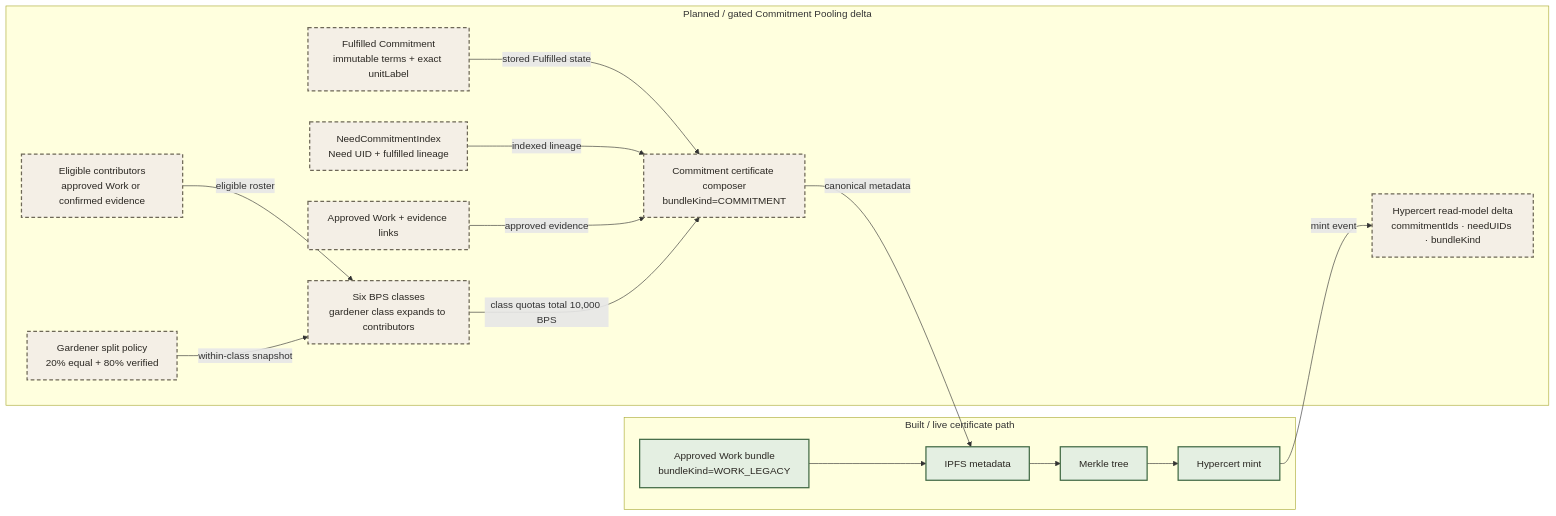
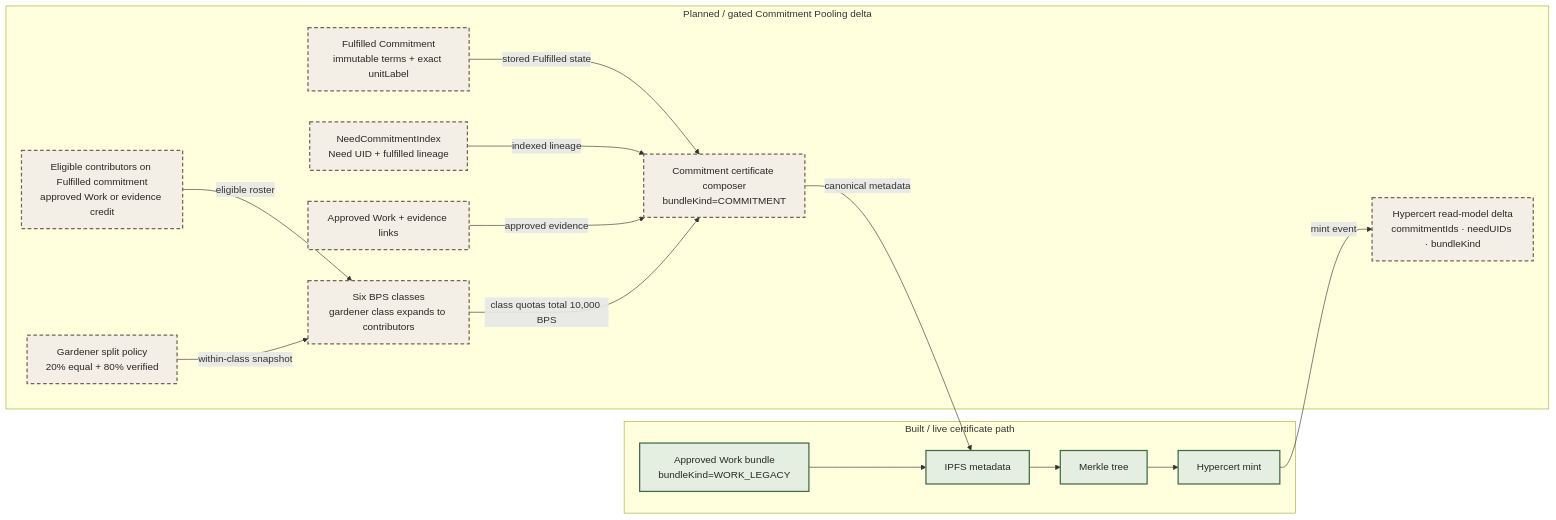
Before and after one commit to greenpill-dev-guild/green-goods: diagram 18 of 35 in .plans/active/commitment-pooling/diagrams.md, drawn with Mermaid. The commit also changed other lines of this file and 34 other files, not shown here.

````diff
--- a/.plans/active/commitment-pooling/diagrams.md
+++ b/.plans/active/commitment-pooling/diagrams.md
@@ -1026,37 +1032,37 @@
 ```mermaid
 flowchart LR
   subgraph LIVE["Built / live certificate path"]
     WORK["Approved Work bundle<br/>bundleKind=WORK_LEGACY"]
     IPFS["IPFS metadata"]
     MERKLE["Merkle tree"]
     MINT["Hypercert mint"]
   end
 
   subgraph PLANNED["Planned / gated Commitment Pooling delta"]
     FUL["Fulfilled Commitment<br/>immutable terms + exact unitLabel"]
     LINEAGE["NeedCommitmentIndex<br/>Need UID + fulfilled lineage"]
     EVIDENCE["Approved Work + evidence links"]
-    TEAM["Eligible contributors<br/>approved Work or confirmed evidence"]
+    TEAM["Eligible contributors on Fulfilled commitment<br/>approved Work or evidence credit"]
     POLICY["Gardener split policy<br/>20% equal + 80% verified"]
     COMPOSE["Commitment certificate composer<br/>bundleKind=COMMITMENT"]
     BPS["Six BPS classes<br/>gardener class expands to contributors"]
     HCIDX["Hypercert read-model delta<br/>commitmentIds · needUIDs · bundleKind"]
   end
 
   WORK --> IPFS
   FUL -->|"stored Fulfilled state"| COMPOSE
   LINEAGE -->|"indexed lineage"| COMPOSE
   EVIDENCE -->|"approved evidence"| COMPOSE
   TEAM -->|"eligible roster"| BPS
   POLICY -->|"within-class snapshot"| BPS
   BPS -->|"class quotas total 10,000 BPS"| COMPOSE
   COMPOSE -->|"canonical metadata"| IPFS
   IPFS --> MERKLE
   MERKLE --> MINT
   MINT -->|"mint event"| HCIDX
 
   classDef built fill:#E4EFE2,stroke:#426A45,color:#2A2722,stroke-width:2px
   classDef planned fill:#F4EFE6,stroke:#6E6857,color:#2A2722,stroke-width:2px,stroke-dasharray:6 4
   class WORK,IPFS,MERKLE,MINT built
   class FUL,LINEAGE,EVIDENCE,TEAM,POLICY,COMPOSE,BPS,HCIDX planned
 ```
````
